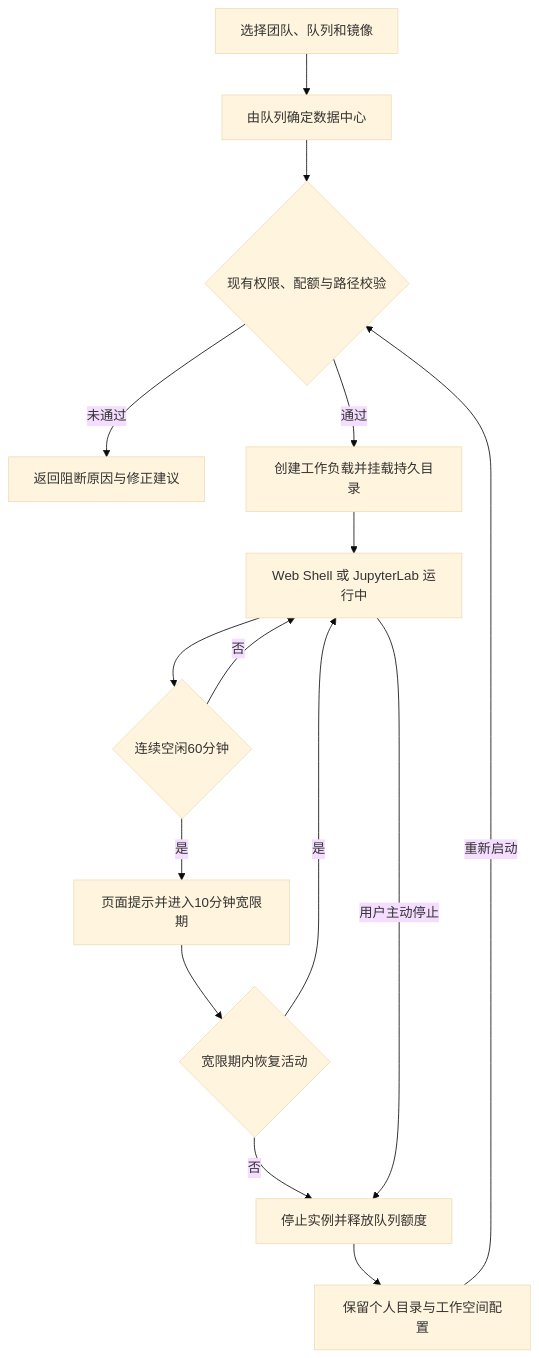
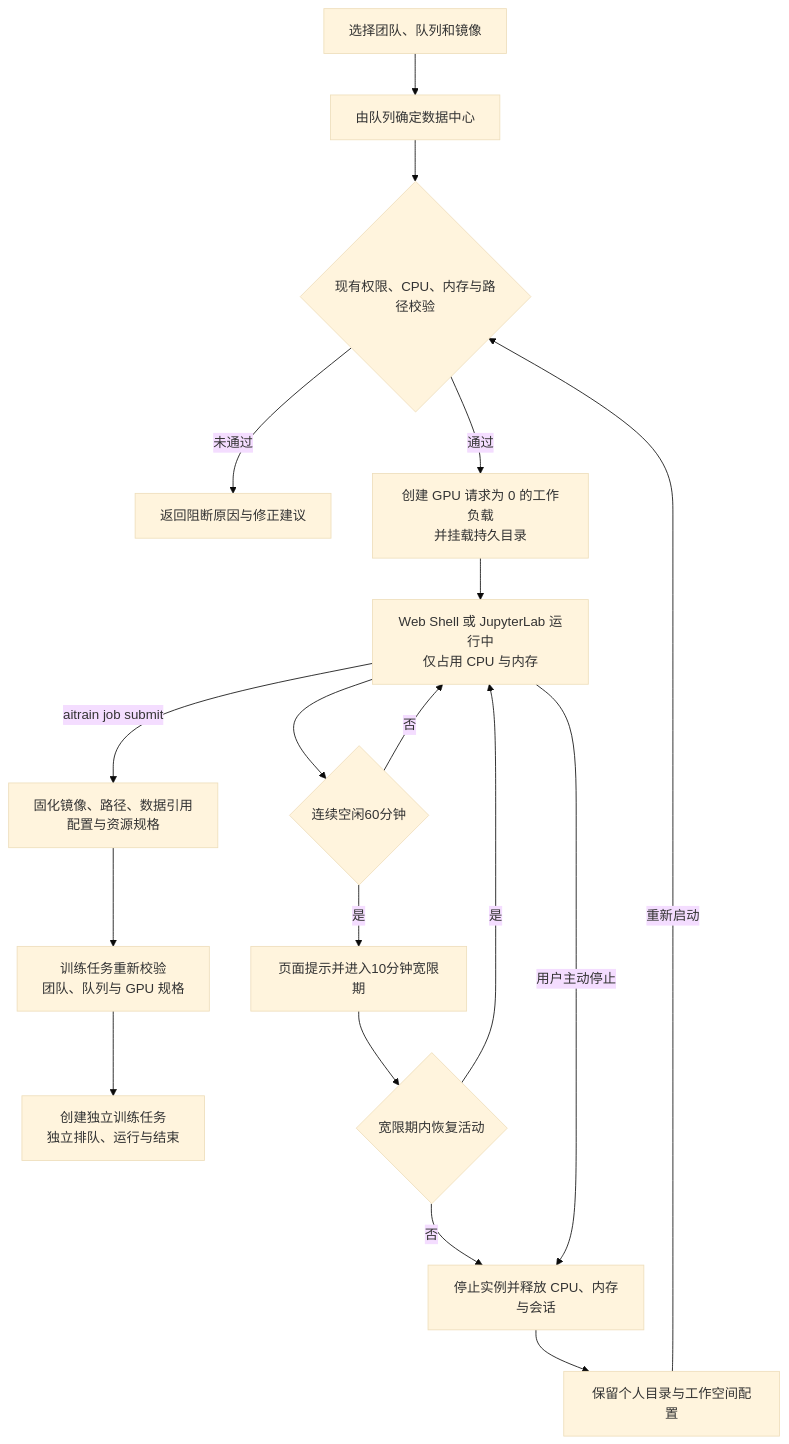
The first of 2 diagrams in docs/平台规划/3.1-开发环境与配置.md (gqcn/ltp), drawn with Mermaid (base theme) before and after one commit. The commit also changed other lines of this file and 7 other files, not shown here.

````diff
--- a/docs/平台规划/3.1-开发环境与配置.md
+++ b/docs/平台规划/3.1-开发环境与配置.md
@@ -27,17 +28,20 @@
 ```mermaid
 flowchart TB
     create["选择团队、队列和镜像"] --> placement["由队列确定数据中心"]
-    placement --> admission{"现有权限、配额与路径校验"}
+    placement --> admission{"现有权限、CPU、内存与路径校验"}
     admission -->|"未通过"| reject["返回阻断原因与修正建议"]
-    admission -->|"通过"| start["创建工作负载并挂载持久目录"]
-    start --> running["Web Shell 或 JupyterLab 运行中"]
+    admission -->|"通过"| start["创建 GPU 请求为 0 的工作负载<br/>并挂载持久目录"]
+    start --> running["Web Shell 或 JupyterLab 运行中<br/>仅占用 CPU 与内存"]
+    running -->|"aitrain job submit"| snapshot["固化镜像、路径、数据引用<br/>配置与资源规格"]
+    snapshot --> trainAdmission["训练任务重新校验<br/>团队、队列与 GPU 规格"]
+    trainAdmission --> trainJob["创建独立训练任务<br/>独立排队、运行与结束"]
     running --> idle{"连续空闲60分钟"}
     idle -->|"否"| running
     idle -->|"是"| notify["页面提示并进入10分钟宽限期"]
     notify --> active{"宽限期内恢复活动"}
     active -->|"是"| running
-    active -->|"否"| stop["停止实例并释放队列额度"]
+    active -->|"否"| stop["停止实例并释放 CPU、内存与会话"]
     running -->|"用户主动停止"| stop
     stop --> preserve["保留个人目录与工作空间配置"]
     preserve -->|"重新启动"| admission
 ```
````
